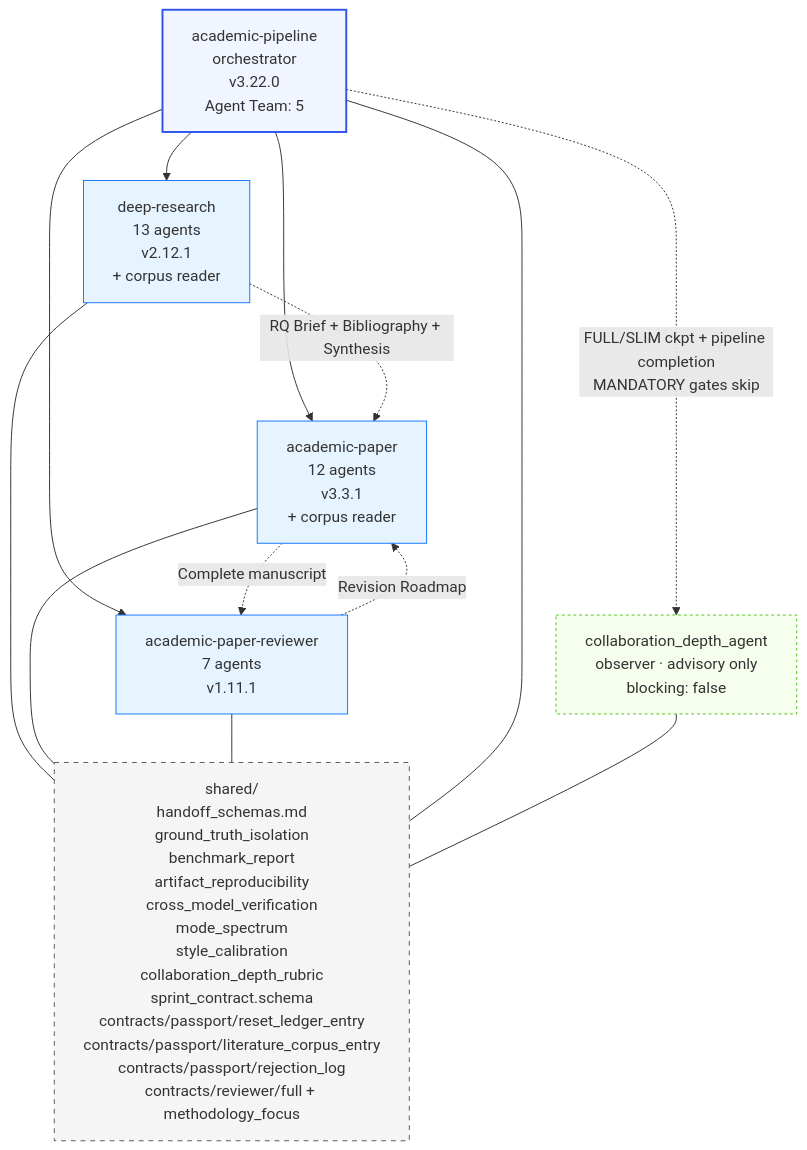
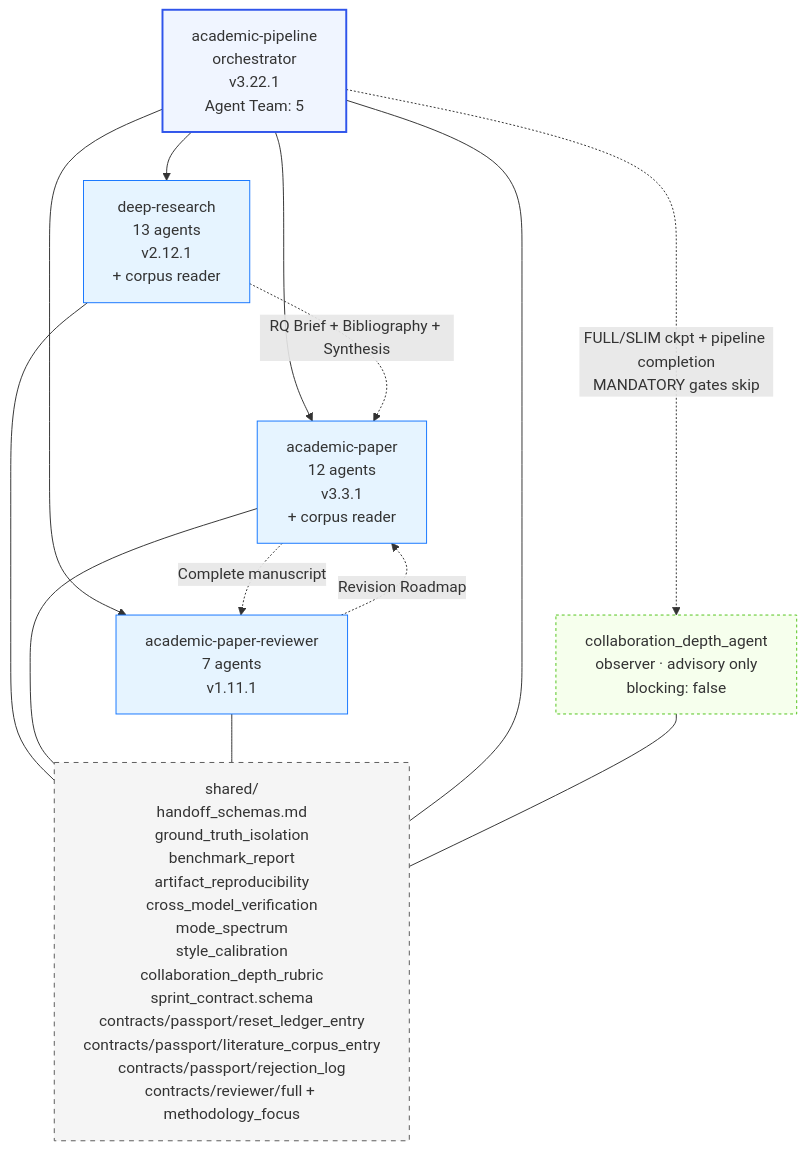
The fourth of 5 diagrams in skills/Imbad0202--academic-research-skills/docs/ARCHITECTURE.md (thereisnotime/skills-collection), drawn with Mermaid before and after one commit. The commit also changed other lines of this file and 228 other files, not shown here.

Commit message:
sync: update skills repos, readme and charts

````diff
--- a/skills/Imbad0202--academic-research-skills/docs/ARCHITECTURE.md
+++ b/skills/Imbad0202--academic-research-skills/docs/ARCHITECTURE.md
@@ -218,31 +218,31 @@
 ```mermaid
 graph TD
-    Pipeline[academic-pipeline<br/>orchestrator<br/>v3.22.0<br/>Agent Team: 5]
+    Pipeline[academic-pipeline<br/>orchestrator<br/>v3.22.1<br/>Agent Team: 5]
     Observer[collaboration_depth_agent<br/>observer · advisory only<br/>blocking: false]
     DR[deep-research<br/>13 agents<br/>v2.12.1<br/>+ corpus reader]
     AP[academic-paper<br/>12 agents<br/>v3.3.1<br/>+ corpus reader]
     APR[academic-paper-reviewer<br/>7 agents<br/>v1.11.1]
     Shared[shared/<br/>handoff_schemas.md<br/>ground_truth_isolation<br/>benchmark_report<br/>artifact_reproducibility<br/>cross_model_verification<br/>mode_spectrum<br/>style_calibration<br/>collaboration_depth_rubric<br/>sprint_contract.schema<br/>contracts/passport/reset_ledger_entry<br/>contracts/passport/literature_corpus_entry<br/>contracts/passport/rejection_log<br/>contracts/reviewer/full + methodology_focus]
 
     Pipeline --> DR
     Pipeline --> AP
     Pipeline --> APR
     Pipeline -. "FULL/SLIM ckpt + pipeline completion<br/>MANDATORY gates skip" .-> Observer
     DR -. "RQ Brief + Bibliography + Synthesis" .-> AP
     AP -. "Complete manuscript" .-> APR
     APR -. "Revision Roadmap" .-> AP
     DR --- Shared
     AP --- Shared
     APR --- Shared
     Pipeline --- Shared
     Observer --- Shared
 
     classDef orch fill:#f0f5ff,stroke:#2f54eb,stroke-width:2px
     classDef skill fill:#e6f4ff,stroke:#1677ff
     classDef shared fill:#f5f5f5,stroke:#595959,stroke-dasharray:5 5
     classDef observer fill:#f6ffed,stroke:#52c41a,stroke-dasharray:3 3
     class Pipeline orch
     class DR,AP,APR skill
     class Shared shared
     class Observer observer
 ```
````
